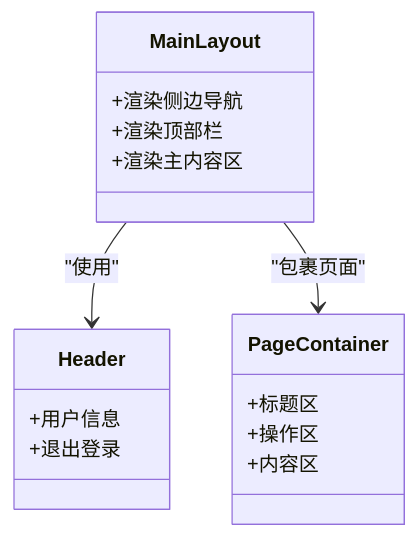
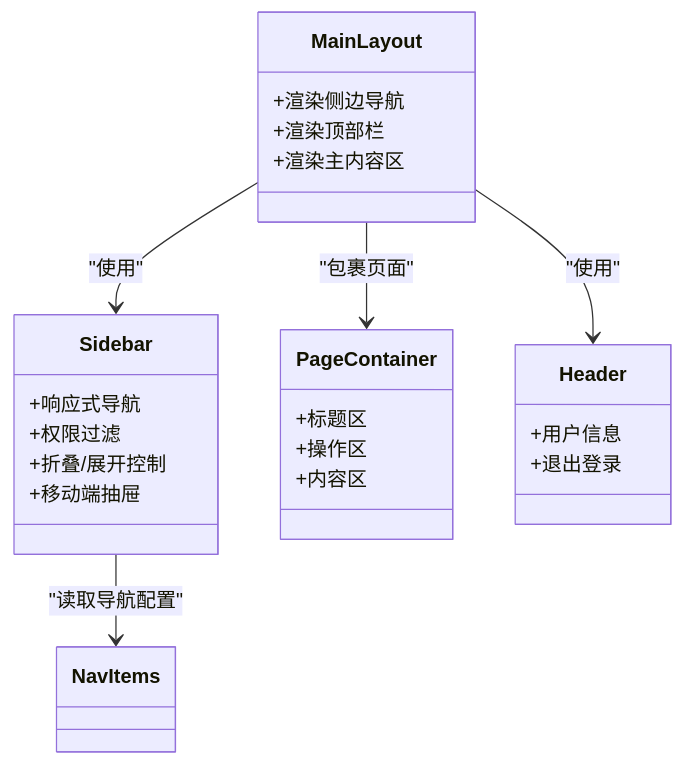
Before and after one commit to Damao997/newproject: the third of 12 diagrams in .qoder/repowiki/zh/content/页面组件/页面组件.md, drawn with Mermaid. The commit also changed other lines of this file and 62 other files, not shown here.

````diff
--- a/.qoder/repowiki/zh/content/页面组件/页面组件.md
+++ b/.qoder/repowiki/zh/content/页面组件/页面组件.md
@@ -174,19 +190,27 @@
 ```mermaid
 classDiagram
 class MainLayout {
 +渲染侧边导航
 +渲染顶部栏
 +渲染主内容区
+}
+class Sidebar {
++响应式导航
++权限过滤
++折叠/展开控制
++移动端抽屉
 }
 class PageContainer {
 +标题区
 +操作区
 +内容区
 }
 class Header {
 +用户信息
 +退出登录
 }
+MainLayout --> Sidebar : "使用"
 MainLayout --> Header : "使用"
 MainLayout --> PageContainer : "包裹页面"
+Sidebar --> NavItems : "读取导航配置"
 ```
````
